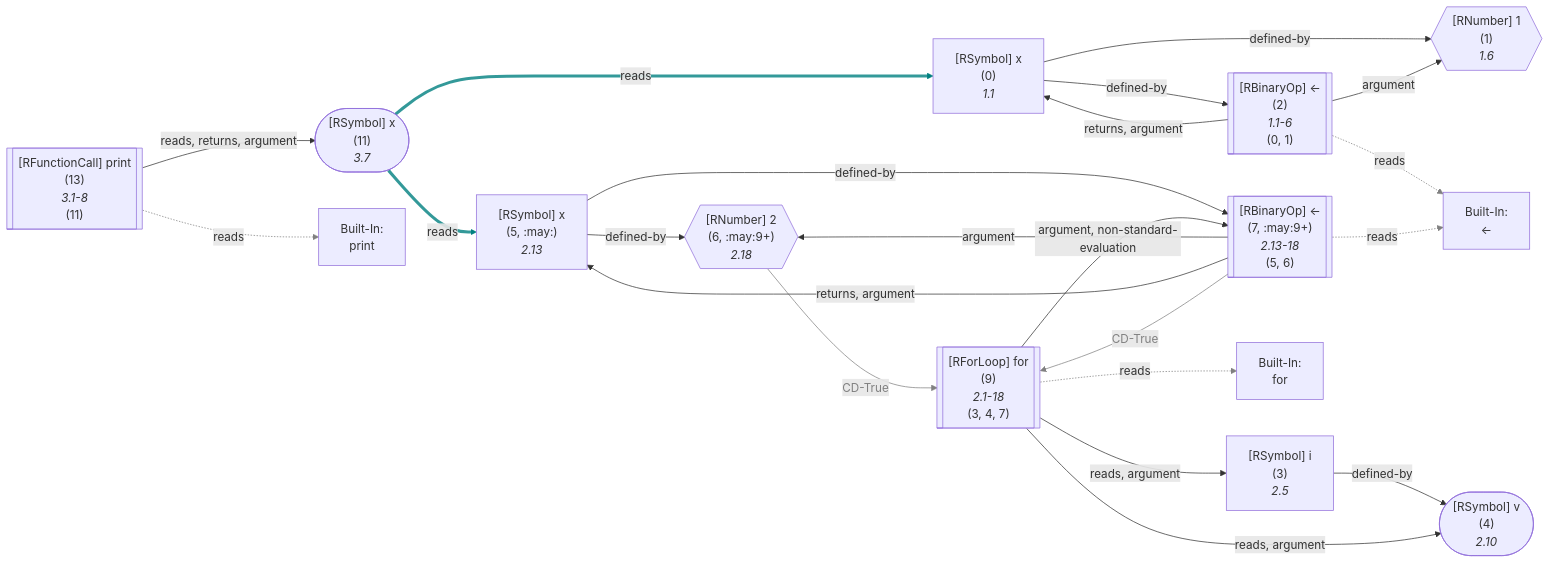
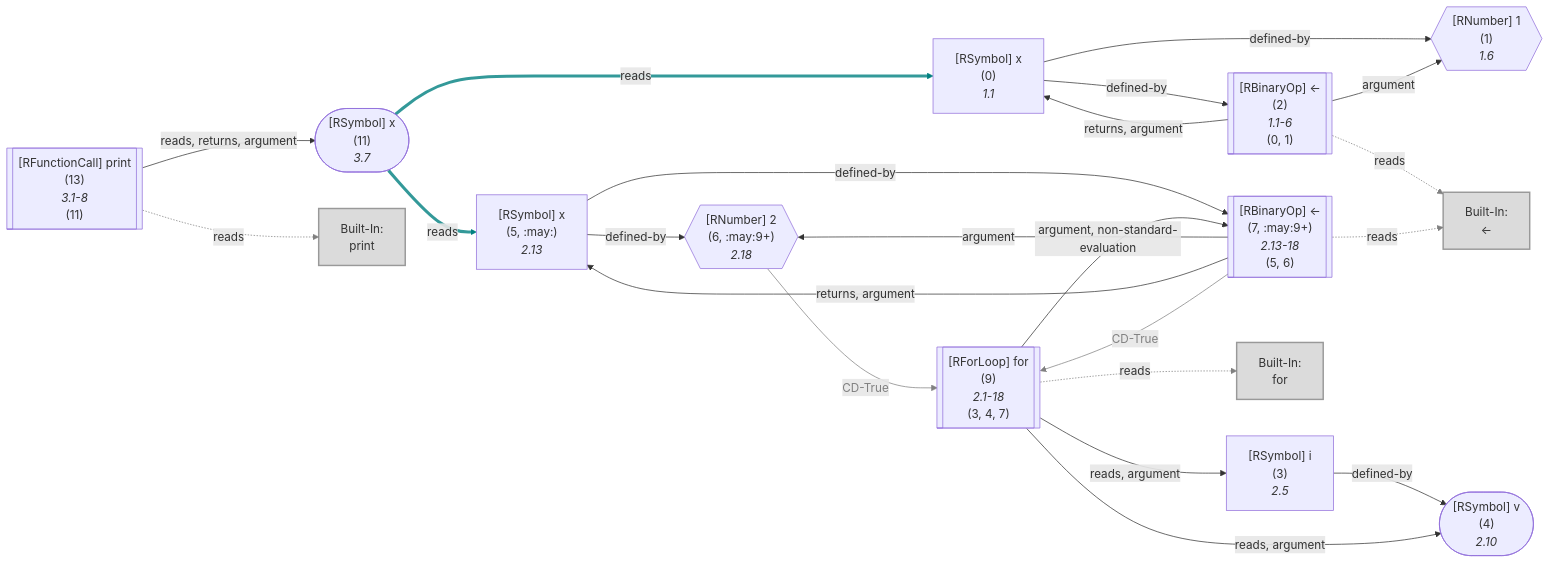
The tenth of 48 diagrams in wiki/Dataflow Graph.md (flowr-analysis/flowr), drawn with Mermaid before and after one commit. The commit also changed other lines of this file and 4 other files, not shown here.

````diff
--- a/wiki/Dataflow Graph.md
+++ b/wiki/Dataflow Graph.md
@@ -985,75 +1007,78 @@
 ```mermaid
 flowchart LR
     1{{"`#91;RNumber#93; 1
       (1)
       *1.6*`"}}
     0["`#91;RSymbol#93; x
       (0)
       *1.1*`"]
     2[["`#91;RBinaryOp#93; #60;#45;
       (2)
       *1.1-6*
     (0, 1)`"]]
     built-in:_-["`Built-In:
 #60;#45;`"]
+    style built-in:_- stroke:gray,fill:lightgray,stroke-width:2px,opacity:.8;
     3["`#91;RSymbol#93; i
       (3)
       *2.5*`"]
     4(["`#91;RSymbol#93; v
       (4)
       *2.10*`"])
     6{{"`#91;RNumber#93; 2
       (6, :may:9+)
       *2.18*`"}}
     5["`#91;RSymbol#93; x
       (5, :may:)
       *2.13*`"]
     7[["`#91;RBinaryOp#93; #60;#45;
       (7, :may:9+)
       *2.13-18*
     (5, 6)`"]]
     9[["`#91;RForLoop#93; for
       (9)
       *2.1-18*
     (3, 4, 7)`"]]
     built-in:for["`Built-In:
 for`"]
+    style built-in:for stroke:gray,fill:lightgray,stroke-width:2px,opacity:.8;
     11(["`#91;RSymbol#93; x
       (11)
       *3.7*`"])
     13[["`#91;RFunctionCall#93; print
       (13)
       *3.1-8*
     (11)`"]]
     built-in:print["`Built-In:
 print`"]
+    style built-in:print stroke:gray,fill:lightgray,stroke-width:2px,opacity:.8;
     0 -->|"defined-by"| 1
     0 -->|"defined-by"| 2
     2 -->|"argument"| 1
     2 -->|"returns, argument"| 0
     2 -.->|"reads"| built-in:_-
     linkStyle 4 stroke:gray;
     3 -->|"defined-by"| 4
     6 -->|"CD-True"| 9
     linkStyle 6 stroke:gray,color:gray;
     5 -->|"defined-by"| 6
     5 -->|"defined-by"| 7
     7 -->|"argument"| 6
     7 -->|"returns, argument"| 5
     7 -.->|"reads"| built-in:_-
     linkStyle 11 stroke:gray;
     7 -->|"CD-True"| 9
     linkStyle 12 stroke:gray,color:gray;
     9 -->|"reads, argument"| 3
     9 -->|"reads, argument"| 4
     9 -->|"argument, non-standard-evaluation"| 7
     9 -.->|"reads"| built-in:for
     linkStyle 16 stroke:gray;
     11 -->|"reads"| 0
     linkStyle 17 stroke:teal,stroke-width:4.2px,stroke-opacity:.8
     11 -->|"reads"| 5
     linkStyle 18 stroke:teal,stroke-width:4.2px,stroke-opacity:.8
     13 -->|"reads, returns, argument"| 11
     13 -.->|"reads"| built-in:print
     linkStyle 20 stroke:gray;
 ```
````
